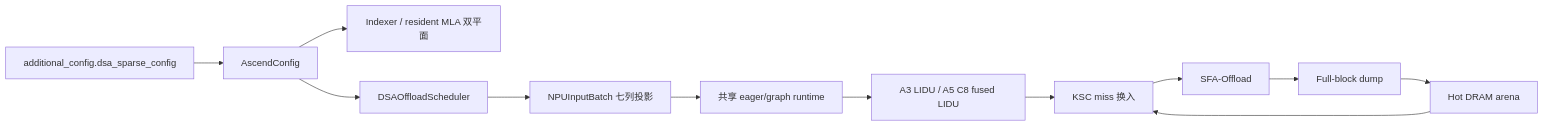
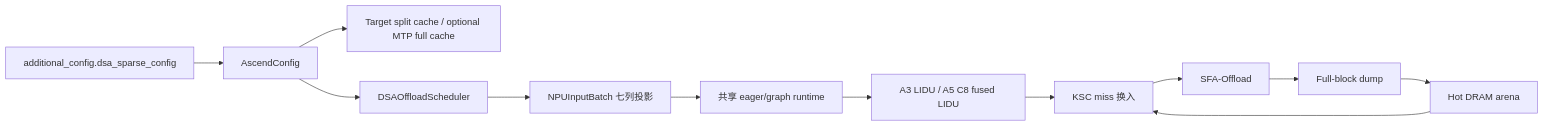
The diagram in README.md (ader47/vllm-ascend), drawn with Mermaid before and after one commit. The commit also changed other lines of this file and 52 other files, not shown here.

````diff
--- a/README.md
+++ b/README.md
@@ -31,14 +31,14 @@
 ```mermaid
 flowchart LR
     C["additional_config.dsa_sparse_config"] --> A["AscendConfig"]
-    A --> K["Indexer / resident MLA 双平面"]
+    A --> K["Target split cache / optional MTP full cache"]
     A --> S["DSAOffloadScheduler"]
     S --> I["NPUInputBatch 七列投影"]
     I --> R["共享 eager/graph runtime"]
     R --> L["A3 LIDU / A5 C8 fused LIDU"]
     L --> X["KSC miss 换入"]
     X --> F["SFA-Offload"]
     D["Hot DRAM arena"] --> X
     F --> U["Full-block dump"]
     U --> D
 ```
````
